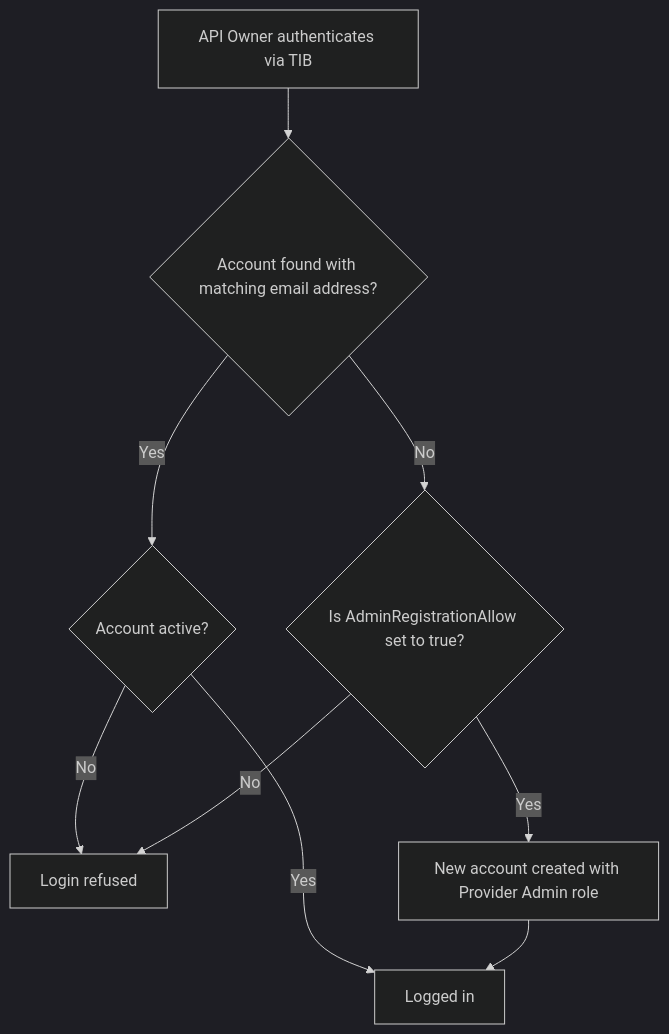
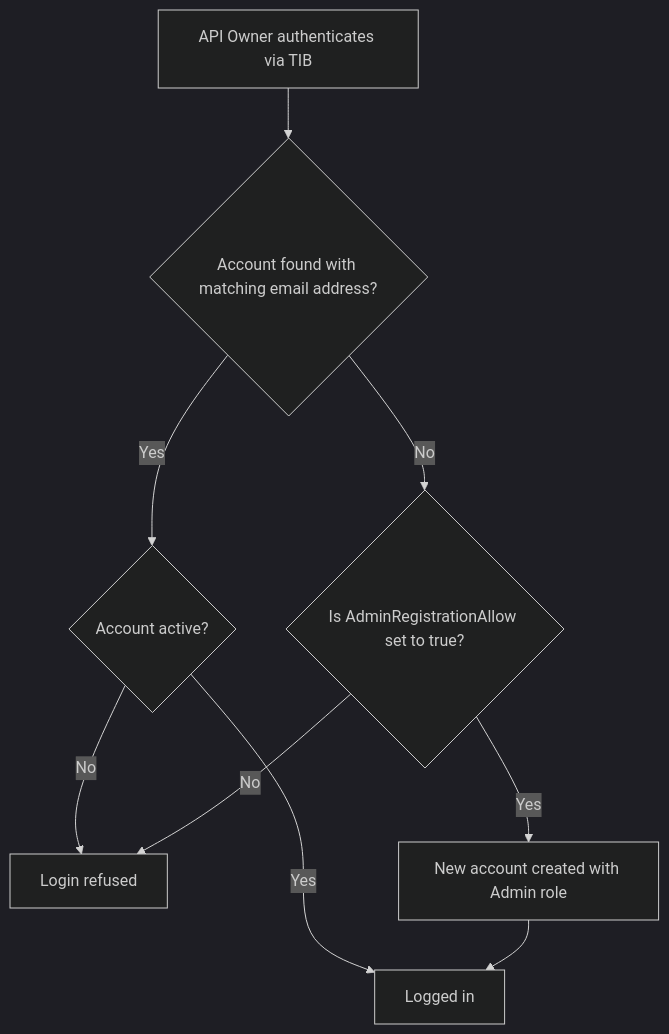
Before and after one commit to TykTechnologies/tyk-docs: the second of 5 diagrams in tyk-stack/tyk-developer-portal/enterprise-developer-portal/managing-access/enable-sso.mdx, drawn with Mermaid (dark theme). The commit also changed other lines of this file, not shown here.

Commit message:
TT-19234: admin SSO maps IdP groups to User Groups; new SSO admins get the Admin role

````diff
--- a/tyk-stack/tyk-developer-portal/enterprise-developer-portal/managing-access/enable-sso.mdx
+++ b/tyk-stack/tyk-developer-portal/enterprise-developer-portal/managing-access/enable-sso.mdx
@@ -76,11 +76,11 @@
 ```mermaid
 flowchart TD
     A[API Owner authenticates via TIB] --> B{Account found with matching email address?}
     B -- Yes --> C{Account active?}
     B -- No --> D{Is AdminRegistrationAllow set to true?}
     C -- Yes --> E[Logged in]
     C -- No --> F[Login refused]
-    D -- Yes --> G[New account created with Provider Admin role]
+    D -- Yes --> G[New account created with Admin role]
     G --> E
     D -- No --> F
 ```
````
